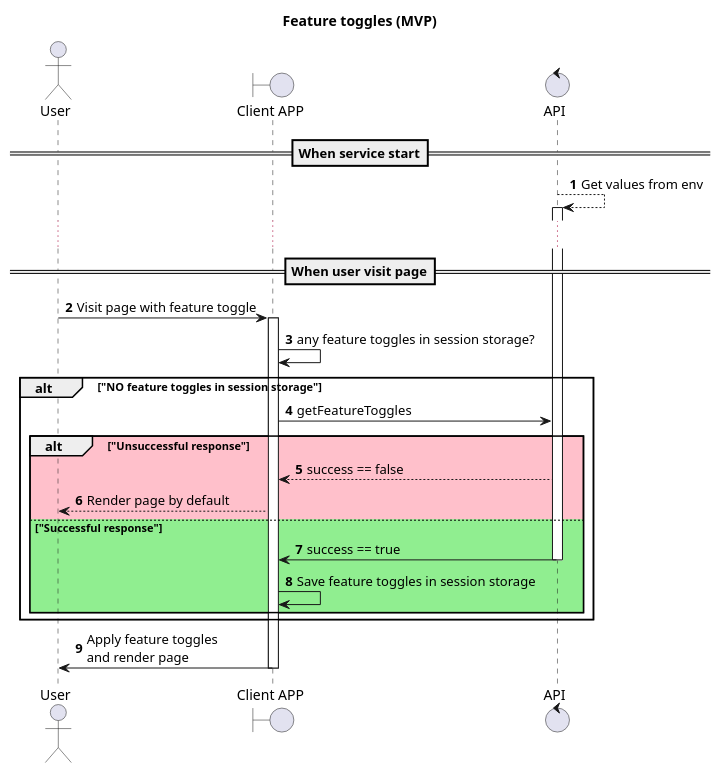
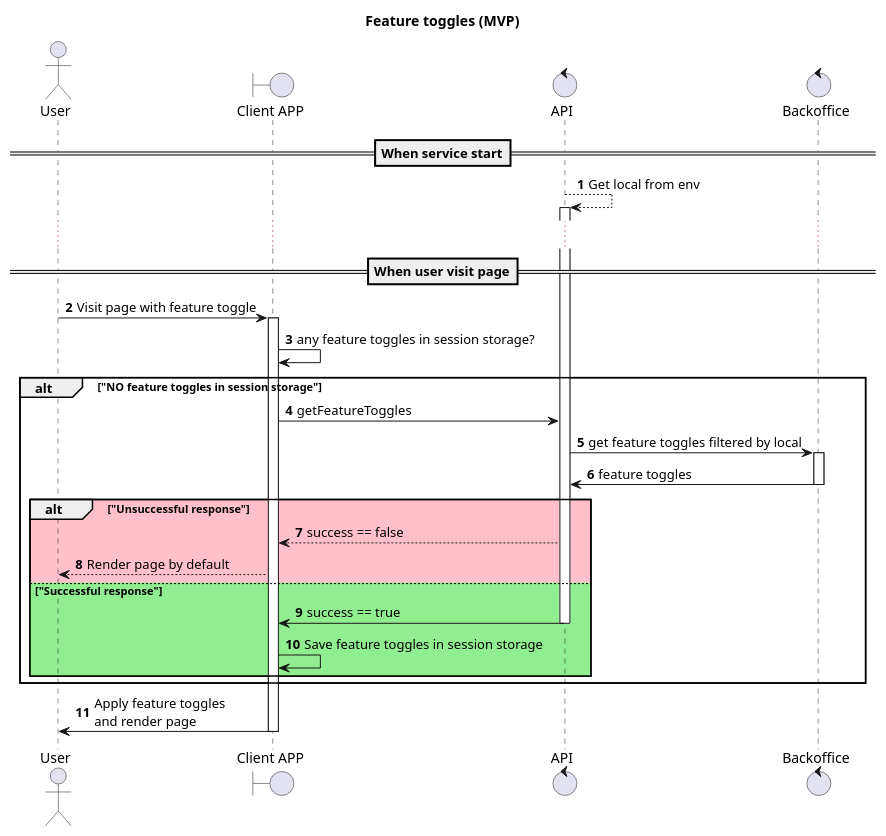
The diagram in schemas/feature_toogls.puml (algruwork/work), drawn with PlantUML before and after one commit. The commit also changed 1 other file, not shown here.

Commit message:
feature_toogls.puml add backoffice call

```diff
--- a/schemas/feature_toogls.puml
+++ b/schemas/feature_toogls.puml
@@ -1,40 +1,45 @@
 @startuml
 'https://plantuml.com/sequence-diagram
 title "Feature toggles (MVP)"
 
 actor User as U
 boundary "Client APP" as GUI
 control "API" as C
+control "Backoffice" as B
 
 autonumber
 
 ==When service start==
 
-C --> C: Get values from env
+C --> C: Get local from env
 activate C
 
 ...
 ==When user visit page==
 
 U -> GUI: Visit page with feature toggle
 activate GUI
 
 GUI -> GUI: any feature toggles in session storage?
 
 alt "NO feature toggles in session storage"
 GUI -> C: getFeatureToggles
+C -> B: get feature toggles filtered by local
+activate B
+B -> C: feature toggles
+deactivate B
 
 alt #Pink "Unsuccessful response"
 C --> GUI: success == false
 GUI --> U: Render page by default
 else #LightGreen "Successful response"
 C -> GUI: success == true
 deactivate C
 GUI -> GUI: Save feature toggles in session storage
 end
 end
 
 GUI -> U: Apply feature toggles\nand render page
 deactivate GUI
 
 @enduml
```
